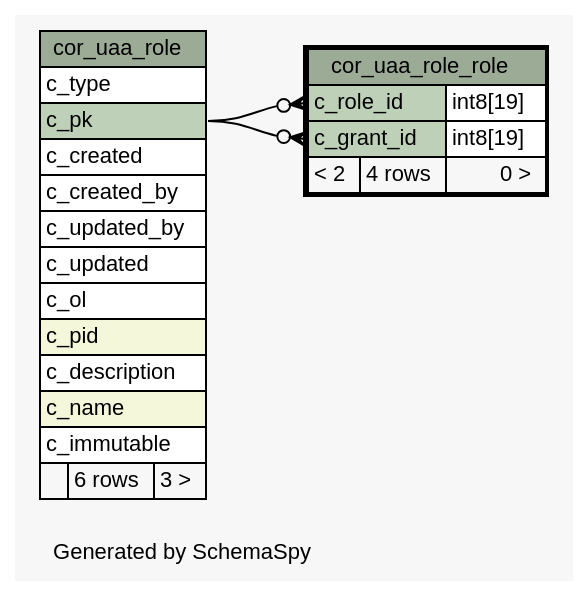
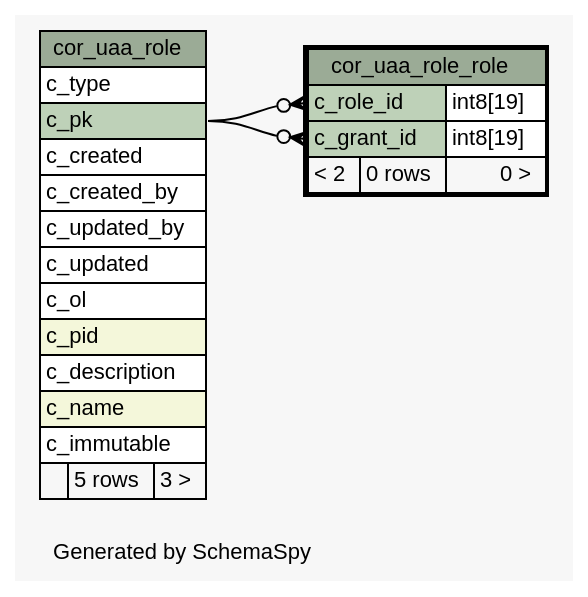
One commit to openwms/org.openwms.core.uaa.lib changed the diagram in 2.0.0-SNAPSHOT/schemaspy/diagrams/cor_uaa_role_role.1degree.dot. Above: the diagram before and after it, drawn with Graphviz. The commit also changed 236 other files, not shown here.

```diff
--- a/2.0.0-SNAPSHOT/schemaspy/diagrams/cor_uaa_role_role.1degree.dot
+++ b/2.0.0-SNAPSHOT/schemaspy/diagrams/cor_uaa_role_role.1degree.dot
@@ -1,55 +1,55 @@
-// dot 2.43.0 on Linux 6.5.0-1016-azure
+// dot 2.43.0 on Linux 6.5.0-1022-azure
 // SchemaSpy rev Unknown
 digraph "oneDegreeRelationshipsDiagram" {
   graph [
     rankdir="RL"
     bgcolor="#f7f7f7"
     label="\nGenerated by SchemaSpy"
     labeljust="l"
     nodesep="0.18"
     ranksep="0.46"
     fontname="Helvetica"
     fontsize="11"
   ];
   node [
     fontname="Helvetica"
     fontsize="11"
     shape="plaintext"
   ];
   edge [
     arrowsize="0.8"
   ];
   "cor_uaa_role_role":"c_grant_id":w -> "cor_uaa_role":"c_pk":e [arrowhead=none dir=back arrowtail=crowodot];
   "cor_uaa_role_role":"c_role_id":w -> "cor_uaa_role":"c_pk":e [arrowhead=none dir=back arrowtail=crowodot];
   "cor_uaa_role" [
     label=<
     <TABLE BORDER="0" CELLBORDER="1" CELLSPACING="0" BGCOLOR="#ffffff">
       <TR><TD COLSPAN="3" BGCOLOR="#9bab96" ALIGN="CENTER">cor_uaa_role</TD></TR>
       <TR><TD PORT="c_type" COLSPAN="3" ALIGN="LEFT">c_type</TD></TR>
       <TR><TD PORT="c_pk" COLSPAN="3" BGCOLOR="#bed1b8" ALIGN="LEFT">c_pk</TD></TR>
       <TR><TD PORT="c_created" COLSPAN="3" ALIGN="LEFT">c_created</TD></TR>
       <TR><TD PORT="c_created_by" COLSPAN="3" ALIGN="LEFT">c_created_by</TD></TR>
       <TR><TD PORT="c_updated_by" COLSPAN="3" ALIGN="LEFT">c_updated_by</TD></TR>
       <TR><TD PORT="c_updated" COLSPAN="3" ALIGN="LEFT">c_updated</TD></TR>
       <TR><TD PORT="c_ol" COLSPAN="3" ALIGN="LEFT">c_ol</TD></TR>
       <TR><TD PORT="c_pid" COLSPAN="3" BGCOLOR="#f4f7da" ALIGN="LEFT">c_pid</TD></TR>
       <TR><TD PORT="c_description" COLSPAN="3" ALIGN="LEFT">c_description</TD></TR>
       <TR><TD PORT="c_name" COLSPAN="3" BGCOLOR="#f4f7da" ALIGN="LEFT">c_name</TD></TR>
       <TR><TD PORT="c_immutable" COLSPAN="3" ALIGN="LEFT">c_immutable</TD></TR>
-      <TR><TD ALIGN="LEFT" BGCOLOR="#f7f7f7">  </TD><TD ALIGN="RIGHT" BGCOLOR="#f7f7f7">6 rows</TD><TD ALIGN="RIGHT" BGCOLOR="#f7f7f7">3 &gt;</TD></TR>
+      <TR><TD ALIGN="LEFT" BGCOLOR="#f7f7f7">  </TD><TD ALIGN="RIGHT" BGCOLOR="#f7f7f7">5 rows</TD><TD ALIGN="RIGHT" BGCOLOR="#f7f7f7">3 &gt;</TD></TR>
     </TABLE>>
     URL="cor_uaa_role.html"
     tooltip="cor_uaa_role"
   ];
   "cor_uaa_role_role" [
     label=<
     <TABLE BORDER="2" CELLBORDER="1" CELLSPACING="0" BGCOLOR="#ffffff">
       <TR><TD COLSPAN="3" BGCOLOR="#9bab96" ALIGN="CENTER">cor_uaa_role_role</TD></TR>
       <TR><TD PORT="c_role_id" COLSPAN="2" BGCOLOR="#bed1b8" ALIGN="LEFT">c_role_id</TD><TD PORT="c_role_id.type" ALIGN="LEFT">int8[19]</TD></TR>
       <TR><TD PORT="c_grant_id" COLSPAN="2" BGCOLOR="#bed1b8" ALIGN="LEFT">c_grant_id</TD><TD PORT="c_grant_id.type" ALIGN="LEFT">int8[19]</TD></TR>
-      <TR><TD ALIGN="LEFT" BGCOLOR="#f7f7f7">&lt; 2</TD><TD ALIGN="RIGHT" BGCOLOR="#f7f7f7">4 rows</TD><TD ALIGN="RIGHT" BGCOLOR="#f7f7f7">0 &gt;</TD></TR>
+      <TR><TD ALIGN="LEFT" BGCOLOR="#f7f7f7">&lt; 2</TD><TD ALIGN="RIGHT" BGCOLOR="#f7f7f7">0 rows</TD><TD ALIGN="RIGHT" BGCOLOR="#f7f7f7">0 &gt;</TD></TR>
     </TABLE>>
     URL="cor_uaa_role_role.html"
     tooltip="cor_uaa_role_role"
   ];
 }
```
